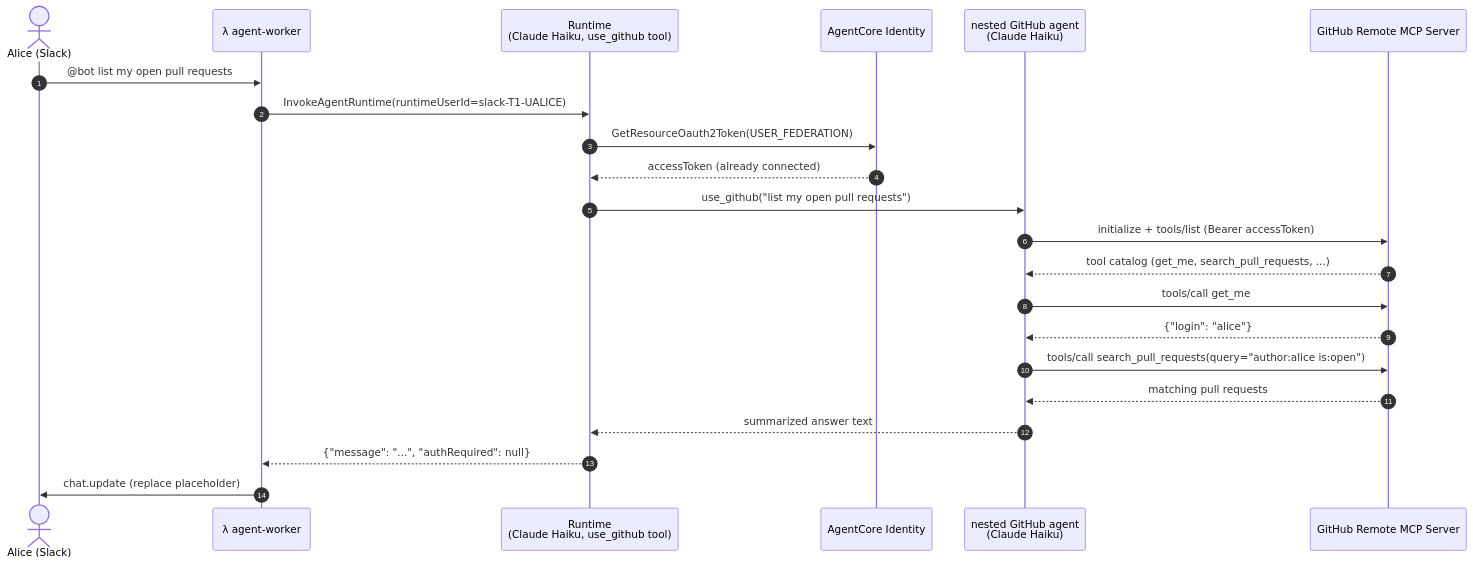
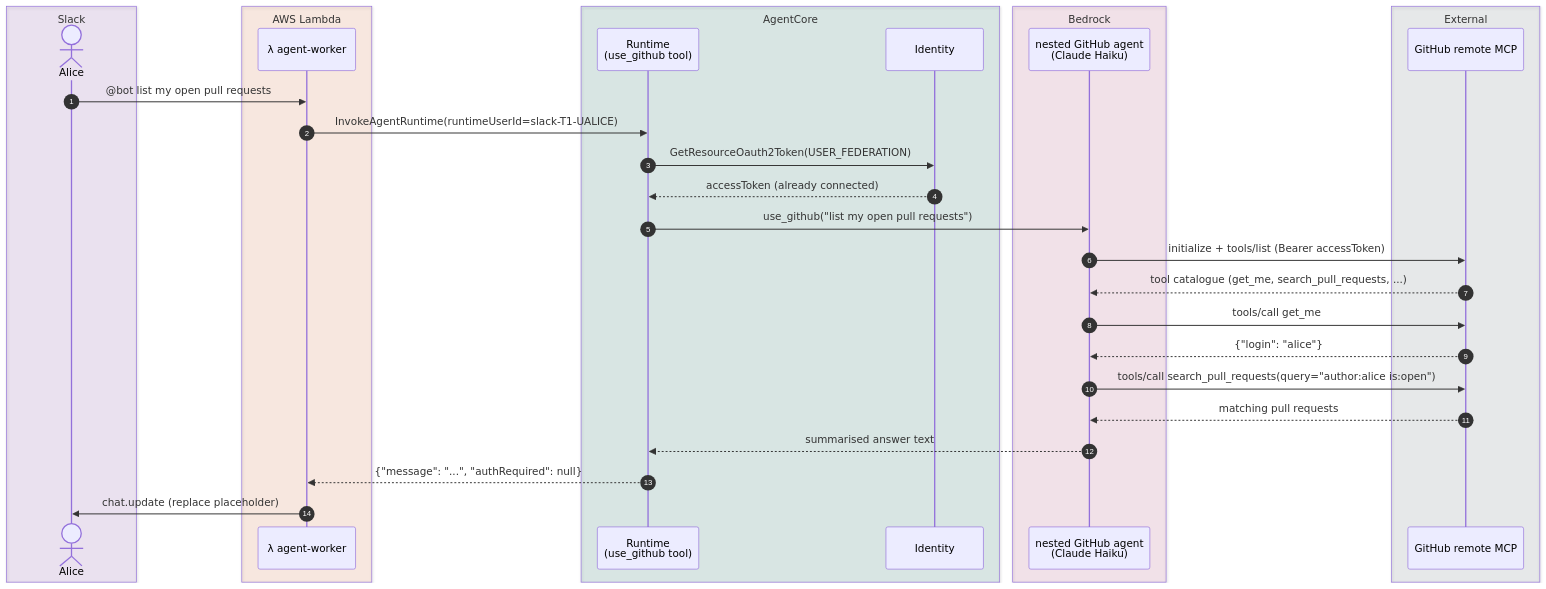
Diagram 11 of 12 in docs/architecture.md (agent-runtime-labs/slack-agentcore-app), drawn with Mermaid before and after one commit. The commit also changed other lines of this file and 2 other files, not shown here.

Commit message:
Updated Architecture (#28)

````diff
--- a/docs/architecture.md
+++ b/docs/architecture.md
@@ -201,25 +528,35 @@
 ```mermaid
 sequenceDiagram
     autonumber
-    actor A as Alice (Slack)
-    participant W as λ agent-worker
-    participant R as Runtime<br/>(Claude Haiku, use_github tool)
-    participant I as AgentCore Identity
-    participant G as nested GitHub agent<br/>(Claude Haiku)
-    participant MCP as GitHub Remote MCP Server
+    box rgba(106,27,154,0.10) Slack
+        actor A as Alice
+    end
+    box rgba(230,81,0,0.10) AWS Lambda
+        participant W as λ agent-worker
+    end
+    box rgba(0,105,92,0.12) AgentCore
+        participant R as Runtime<br/>(use_github tool)
+        participant I as Identity
+    end
+    box rgba(173,20,87,0.10) Bedrock
+        participant G as nested GitHub agent<br/>(Claude Haiku)
+    end
+    box rgba(69,90,100,0.10) External
+        participant MCP as GitHub remote MCP
+    end
 
     A->>W: @bot list my open pull requests
     W->>R: InvokeAgentRuntime(runtimeUserId=slack-T1-UALICE)
     R->>I: GetResourceOauth2Token(USER_FEDERATION)
     I-->>R: accessToken (already connected)
     R->>G: use_github("list my open pull requests")
     G->>MCP: initialize + tools/list (Bearer accessToken)
-    MCP-->>G: tool catalog (get_me, search_pull_requests, ...)
+    MCP-->>G: tool catalogue (get_me, search_pull_requests, ...)
     G->>MCP: tools/call get_me
     MCP-->>G: {"login": "alice"}
     G->>MCP: tools/call search_pull_requests(query="author:alice is:open")
     MCP-->>G: matching pull requests
-    G-->>R: summarized answer text
+    G-->>R: summarised answer text
     R-->>W: {"message": "...", "authRequired": null}
     W->>A: chat.update (replace placeholder)
 ```
````
